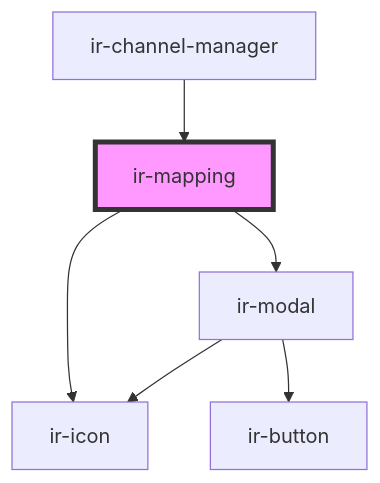
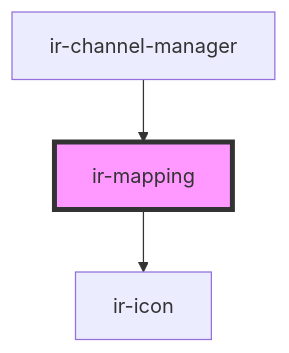
The diagram in src/components/ir-channel/ir-mapping/readme.md (freddynasr/ir-webcmp), drawn with Mermaid before and after one commit. The commit also changed other lines of this file and 12 other files, not shown here.

````diff
--- a/src/components/ir-channel/ir-mapping/readme.md
+++ b/src/components/ir-channel/ir-mapping/readme.md
@@ -47,9 +46,6 @@
 ```mermaid
 graph TD;
   ir-mapping --> ir-icon
-  ir-mapping --> ir-modal
-  ir-modal --> ir-icon
-  ir-modal --> ir-button
   ir-channel-manager --> ir-mapping
   style ir-mapping fill:#f9f,stroke:#333,stroke-width:4px
 ```
````
